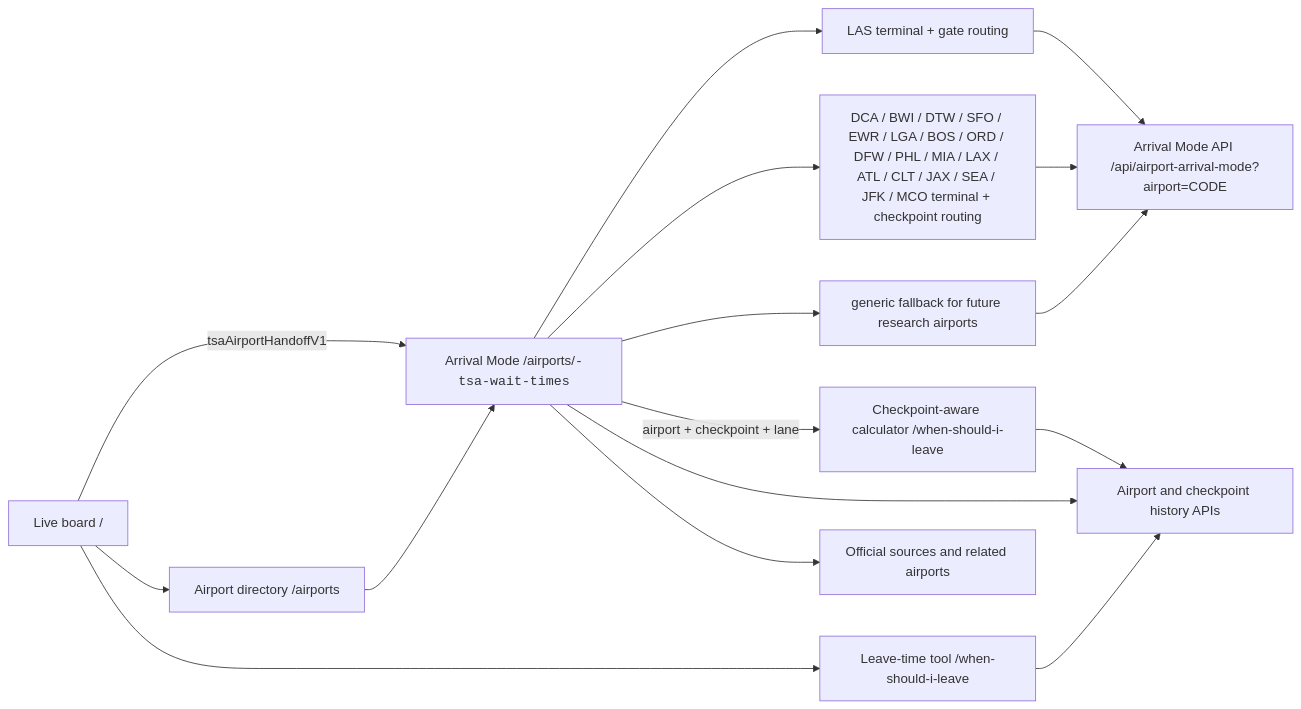
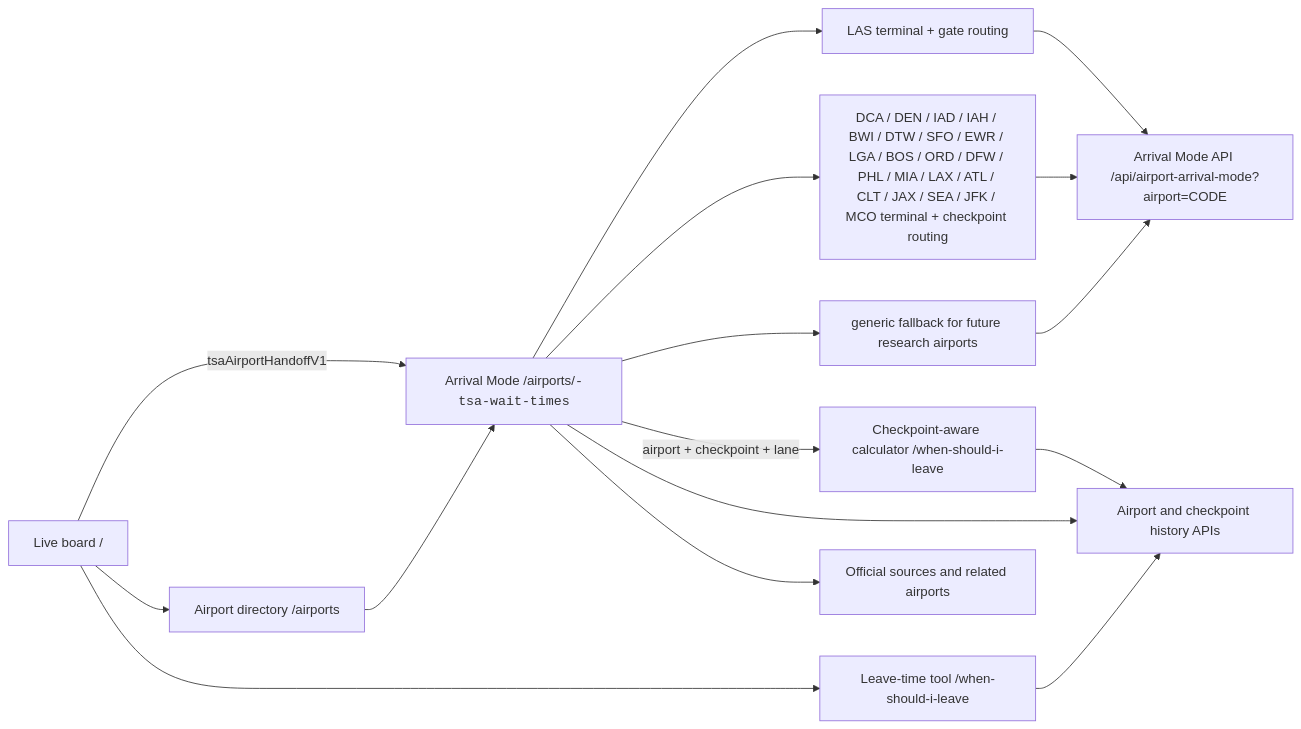
One commit to benbirkhahn/Tsatracker.com changed the diagram in docs/wayfinding-atlas-redesign.md. Above: the diagram before and after it, drawn with Mermaid. The commit also changed other lines of this file and 4 other files, not shown here.

Commit message:
Add DEN IAD and IAH arrival mode layouts

````diff
--- a/docs/wayfinding-atlas-redesign.md
+++ b/docs/wayfinding-atlas-redesign.md
@@ -50,18 +50,18 @@
 ```mermaid
 flowchart LR
   Home["Live board /"] -->|"tsaAirportHandoffV1"| Arrival["Arrival Mode /airports/<code>-tsa-wait-times"]
   Home --> Directory["Airport directory /airports"]
   Home --> Calculator["Leave-time tool /when-should-i-leave"]
   Directory --> Arrival
   Arrival --> LAS["LAS terminal + gate routing"]
-  Arrival --> TerminalCheckpoint["DCA / BWI / DTW / SFO / EWR / LGA / BOS / ORD / DFW / PHL / MIA / LAX / ATL / CLT / JAX / SEA / JFK / MCO terminal + checkpoint routing"]
+  Arrival --> TerminalCheckpoint["DCA / DEN / IAD / IAH / BWI / DTW / SFO / EWR / LGA / BOS / ORD / DFW / PHL / MIA / LAX / ATL / CLT / JAX / SEA / JFK / MCO terminal + checkpoint routing"]
   Arrival --> Generic["generic fallback for future research airports"]
   LAS --> ArrivalAPI["Arrival Mode API /api/airport-arrival-mode?airport=CODE"]
   TerminalCheckpoint --> ArrivalAPI
   Generic --> ArrivalAPI
   Arrival -->|"airport + checkpoint + lane"| CheckpointCalculator["Checkpoint-aware calculator /when-should-i-leave"]
   CheckpointCalculator --> History["Airport and checkpoint history APIs"]
   Arrival --> History
   Calculator --> History
   Arrival --> Guides["Official sources and related airports"]
 ```
````
